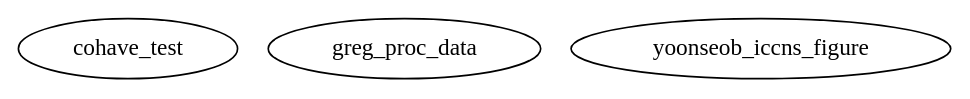
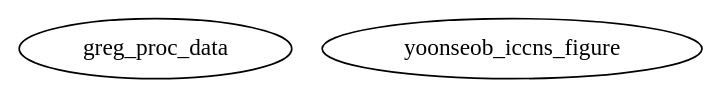
Before and after one commit to jmarkow/ephys: the diagram in doc/ephys/analysis_scripts/graph.dot, drawn with Graphviz. The commit also changed 90 other files, not shown here.

```diff
--- a/doc/ephys/analysis_scripts/graph.dot
+++ b/doc/ephys/analysis_scripts/graph.dot
@@ -1,7 +1,6 @@
 /* Created by mdot for Matlab */
 digraph m2html {
 
-  cohave_test [URL="cohave_test.html"];
   greg_proc_data [URL="greg_proc_data.html"];
   yoonseob_iccns_figure [URL="yoonseob_iccns_figure.html"];
 }
```
